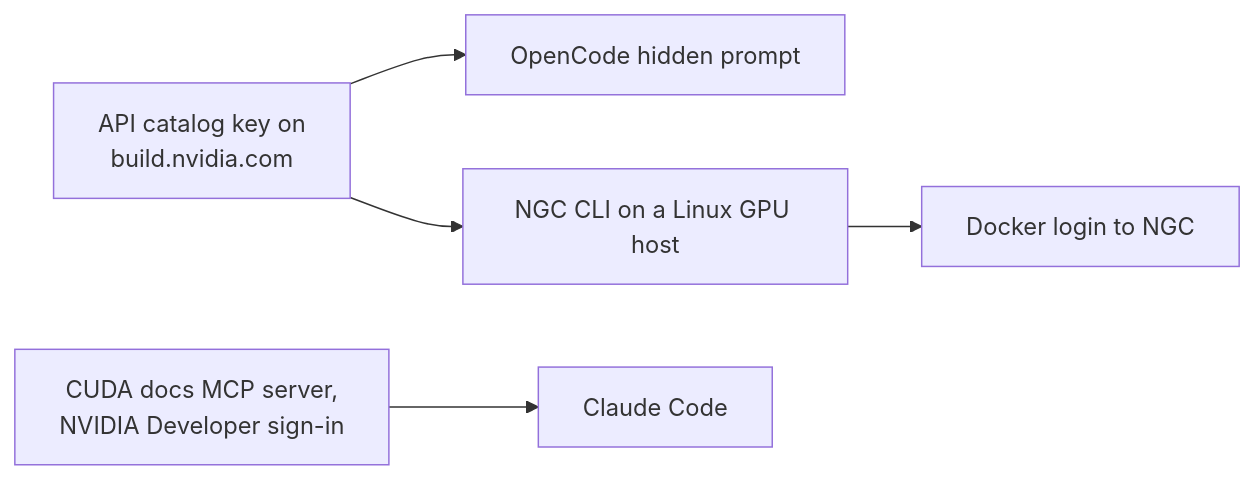
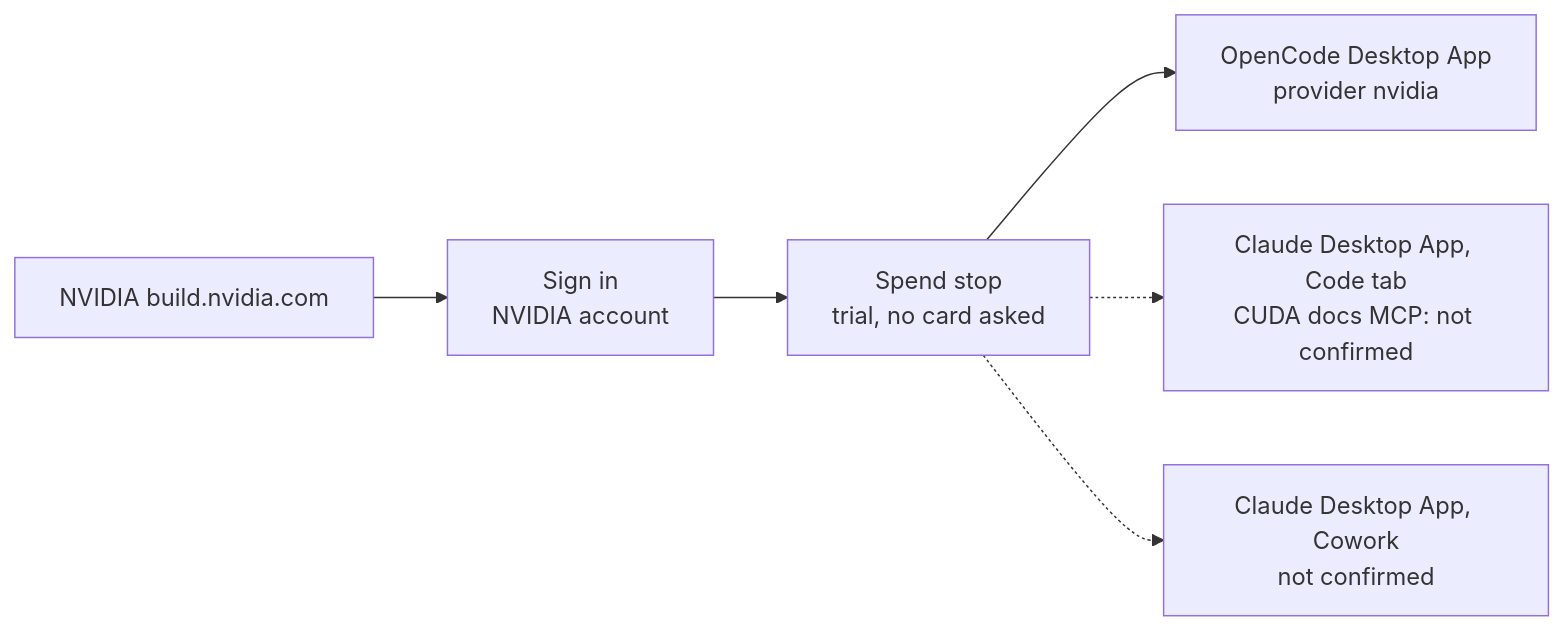
One commit to SoulCraft-Org/compute-crafter changed the diagram in guides/nvidia.md. Above: the diagram before and after it, drawn with Mermaid. The commit also changed other lines of this file and 13 other files, not shown here.

````diff
--- a/guides/nvidia.md
+++ b/guides/nvidia.md
@@ -9,6 +5,7 @@
 ```mermaid
 flowchart LR
-  K[API catalog key on<br/>build.nvidia.com] --> O[OpenCode hidden prompt]
-  K --> N[NGC CLI on a Linux GPU host] --> D[Docker login to NGC]
-  A[CUDA docs MCP server,<br/>NVIDIA Developer sign-in] --> C[Claude Code]
+  P[NVIDIA build.nvidia.com] --> S[Sign in<br/>NVIDIA account] --> G[Spend stop<br/>trial, no card asked]
+  G --> O[OpenCode Desktop App<br/>provider nvidia]
+  G -.-> C[Claude Desktop App, Code tab<br/>CUDA docs MCP: not confirmed]
+  G -.-> W[Claude Desktop App, Cowork<br/>not confirmed]
 ```
````
